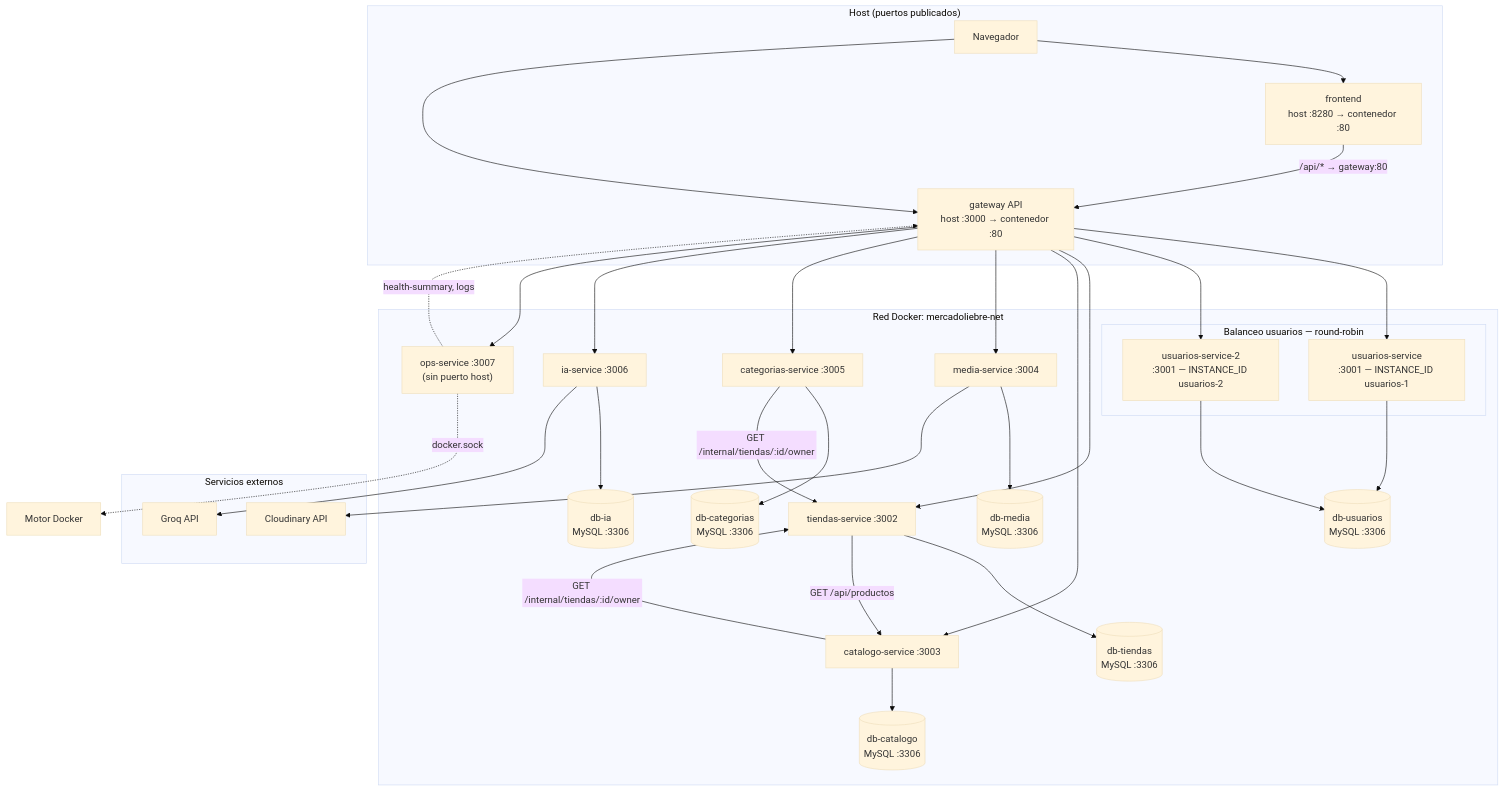
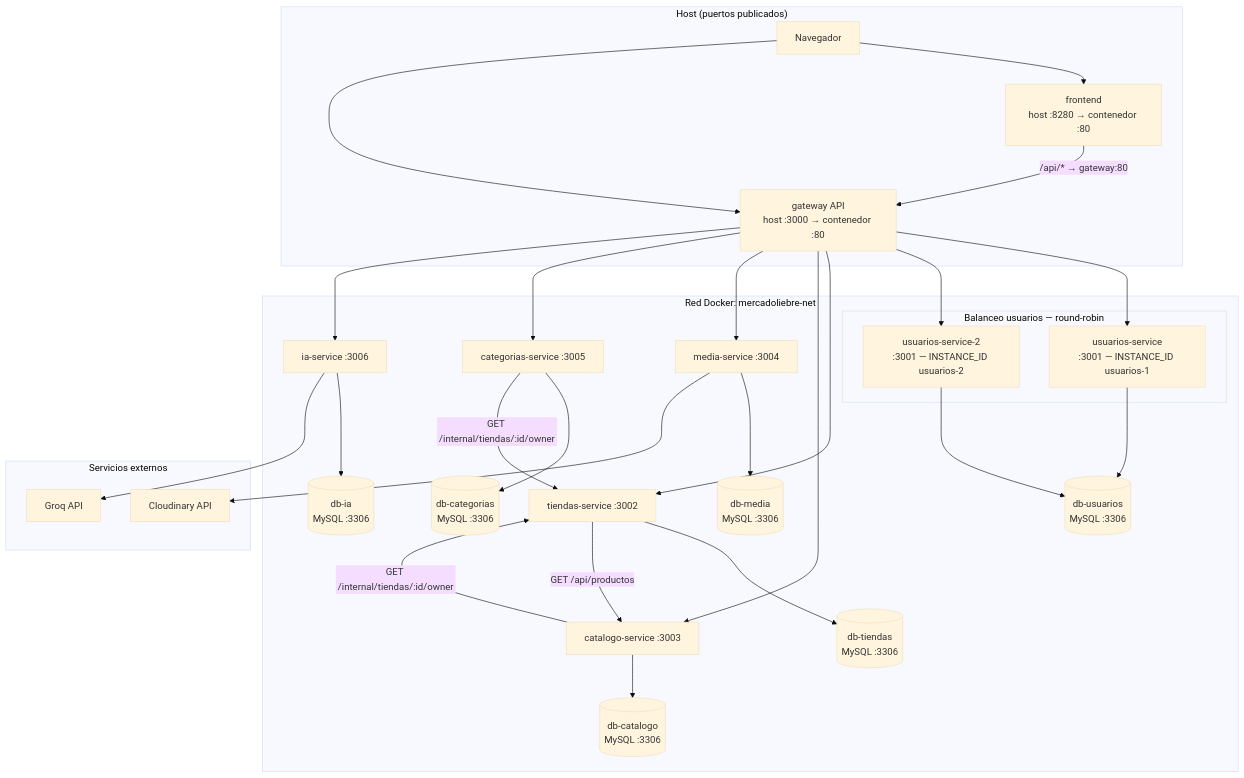
One commit to Leonardo007x/Nomo changed the diagram in Mercado_Liebre/README.md. Above: the diagram before and after it, drawn with Mermaid (base theme). The commit also changed other lines of this file, not shown here.

Commit message:
docs: README entrega final y diagrama sin ops-service.
Actualiza documentación técnica completa, carpetas docs/evidencias y simplifica el diagrama de arquitectura.

````diff
--- a/Mercado_Liebre/README.md
+++ b/Mercado_Liebre/README.md
@@ -56,58 +56,54 @@
 ```mermaid
 flowchart TB
   subgraph host["Host (puertos publicados)"]
     Browser["Navegador"]
     FE["frontend\nhost :8280 → contenedor :80"]
     GW["gateway API\nhost :3000 → contenedor :80"]
   end
 
   subgraph net["Red Docker: mercadoliebre-net"]
     subgraph lb["Balanceo usuarios — round-robin"]
       U1["usuarios-service\n:3001 — INSTANCE_ID usuarios-1"]
       U2["usuarios-service-2\n:3001 — INSTANCE_ID usuarios-2"]
     end
 
     T["tiendas-service :3002"]
     C["catalogo-service :3003"]
     M["media-service :3004"]
     CAT["categorias-service :3005"]
     IA["ia-service :3006"]
-    OPS["ops-service :3007\n(sin puerto host)"]
 
     DBU[("db-usuarios\nMySQL :3306")]
     DBT[("db-tiendas\nMySQL :3306")]
     DBC[("db-catalogo\nMySQL :3306")]
     DBM[("db-media\nMySQL :3306")]
     DBCA[("db-categorias\nMySQL :3306")]
     DBI[("db-ia\nMySQL :3306")]
   end
 
   subgraph ext["Servicios externos"]
     CL["Cloudinary API"]
     GQ["Groq API"]
   end
 
   Browser --> FE
   Browser --> GW
   FE -->|"/api/* → gateway:80"| GW
 
   GW --> U1 & U2
-  GW --> T & C & M & CAT & IA & OPS
+  GW --> T & C & M & CAT & IA
 
   U1 & U2 --> DBU
   T --> DBT
   C --> DBC
   M --> DBM
   CAT --> DBCA
   IA --> DBI
 
   T -->|"GET /api/productos"| C
   C -->|"GET /internal/tiendas/:id/owner"| T
   CAT -->|"GET /internal/tiendas/:id/owner"| T
 
   M --> CL
   IA --> GQ
-
-  OPS -.->|"health-summary, logs"| GW
-  OPS -.->|"docker.sock"| DockerEngine["Motor Docker"]
 ```
````
